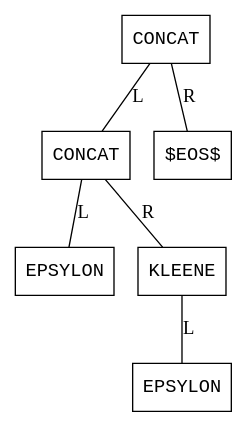
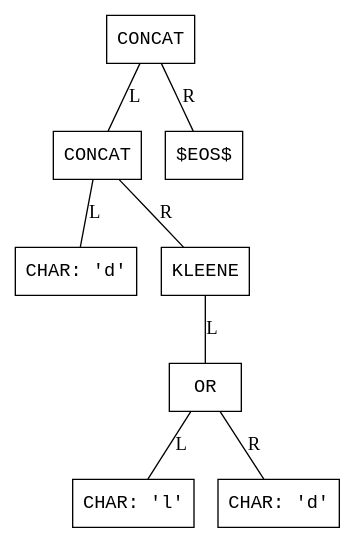
The diagram in 2/ast.dot (HotHeadd/automata25_mephi), drawn with Graphviz before and after one commit. The commit also changed 16 other files, not shown here.

```diff
--- a/2/ast.dot
+++ b/2/ast.dot
@@ -1,16 +1,20 @@
 digraph AST {
   node [shape=box, fontname="Courier"];
   edge [arrowhead=none];
 
   0 [label="CONCAT"];
   1 [label="CONCAT"];
-  2 [label="EPSYLON"];
+  2 [label="CHAR: 'd'"];
   1 -> 2 [label="L"];
   3 [label="KLEENE"];
-  4 [label="EPSYLON"];
+  4 [label="OR"];
+  5 [label="CHAR: 'l'"];
+  4 -> 5 [label="L"];
+  6 [label="CHAR: 'd'"];
+  4 -> 6 [label="R"];
   3 -> 4 [label="L"];
   1 -> 3 [label="R"];
   0 -> 1 [label="L"];
-  5 [label="$EOS$"];
-  0 -> 5 [label="R"];
+  7 [label="$EOS$"];
+  0 -> 7 [label="R"];
 }
```
